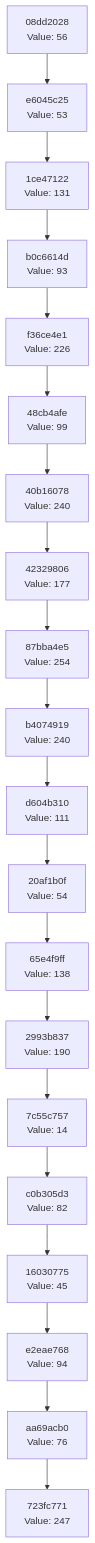
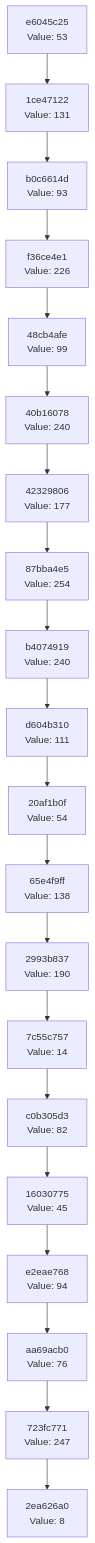
The diagram in docs/CHAIN_VISUALIZATION.md (Abhisheksinha1506/hash-chain-evolver), drawn with Mermaid before and after one commit. The commit also changed 3 other files, not shown here.

````diff
--- a/docs/CHAIN_VISUALIZATION.md
+++ b/docs/CHAIN_VISUALIZATION.md
@@ -3,42 +3,42 @@
 ```mermaid
 graph TD
-    C0["723fc771<br/>Value: 247"]
-    C1["aa69acb0<br/>Value: 76"]
+    C0["2ea626a0<br/>Value: 8"]
+    C1["723fc771<br/>Value: 247"]
     C1 --> C0
-    C2["e2eae768<br/>Value: 94"]
+    C2["aa69acb0<br/>Value: 76"]
     C2 --> C1
-    C3["16030775<br/>Value: 45"]
+    C3["e2eae768<br/>Value: 94"]
     C3 --> C2
-    C4["c0b305d3<br/>Value: 82"]
+    C4["16030775<br/>Value: 45"]
     C4 --> C3
-    C5["7c55c757<br/>Value: 14"]
+    C5["c0b305d3<br/>Value: 82"]
     C5 --> C4
-    C6["2993b837<br/>Value: 190"]
+    C6["7c55c757<br/>Value: 14"]
     C6 --> C5
-    C7["65e4f9ff<br/>Value: 138"]
+    C7["2993b837<br/>Value: 190"]
     C7 --> C6
-    C8["20af1b0f<br/>Value: 54"]
+    C8["65e4f9ff<br/>Value: 138"]
     C8 --> C7
-    C9["d604b310<br/>Value: 111"]
+    C9["20af1b0f<br/>Value: 54"]
     C9 --> C8
-    C10["b4074919<br/>Value: 240"]
+    C10["d604b310<br/>Value: 111"]
     C10 --> C9
-    C11["87bba4e5<br/>Value: 254"]
+    C11["b4074919<br/>Value: 240"]
     C11 --> C10
-    C12["42329806<br/>Value: 177"]
+    C12["87bba4e5<br/>Value: 254"]
     C12 --> C11
-    C13["40b16078<br/>Value: 240"]
+    C13["42329806<br/>Value: 177"]
     C13 --> C12
-    C14["48cb4afe<br/>Value: 99"]
+    C14["40b16078<br/>Value: 240"]
     C14 --> C13
-    C15["f36ce4e1<br/>Value: 226"]
+    C15["48cb4afe<br/>Value: 99"]
     C15 --> C14
-    C16["b0c6614d<br/>Value: 93"]
+    C16["f36ce4e1<br/>Value: 226"]
     C16 --> C15
-    C17["1ce47122<br/>Value: 131"]
+    C17["b0c6614d<br/>Value: 93"]
     C17 --> C16
-    C18["e6045c25<br/>Value: 53"]
+    C18["1ce47122<br/>Value: 131"]
     C18 --> C17
-    C19["08dd2028<br/>Value: 56"]
+    C19["e6045c25<br/>Value: 53"]
     C19 --> C18
 ```
````
